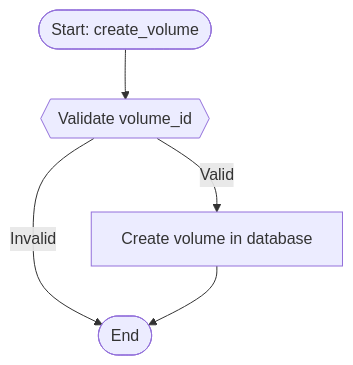
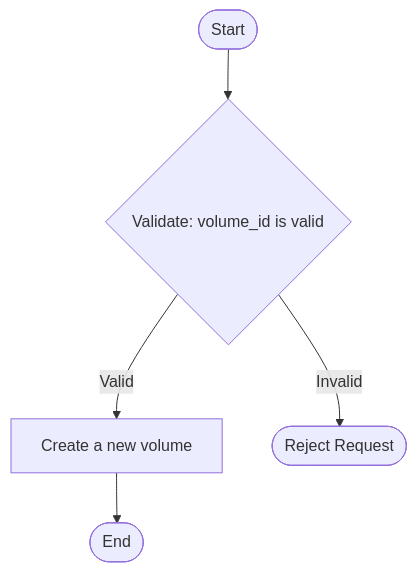
Before and after one commit to vishal9359/Agent3: the diagram in V4_ARCHITECTURE.md, drawn with Mermaid. The commit also changed other lines of this file and 16 other files, not shown here.

````diff
--- a/V4_ARCHITECTURE.md
+++ b/V4_ARCHITECTURE.md
@@ -805,12 +436,12 @@
 ```mermaid
-flowchart TD
-    step_0([Start: create_volume])
-    step_1{{Validate volume_id}}
-    step_2[Create volume in database]
-    step_3([End])
+graph TD
+    node1([Start])
+    node2{Validate: volume_id is valid}
+    node3[Create a new volume]
+    node4([End])
     
-    step_0 --> step_1
-    step_1 -->|Valid| step_2
-    step_1 -->|Invalid| step_3
-    step_2 --> step_3
+    node1 --> node2
+    node2 -->|Valid| node3
+    node2 -->|Invalid| nodeErr([Reject Request])
+    node3 --> node4
 ```
````
